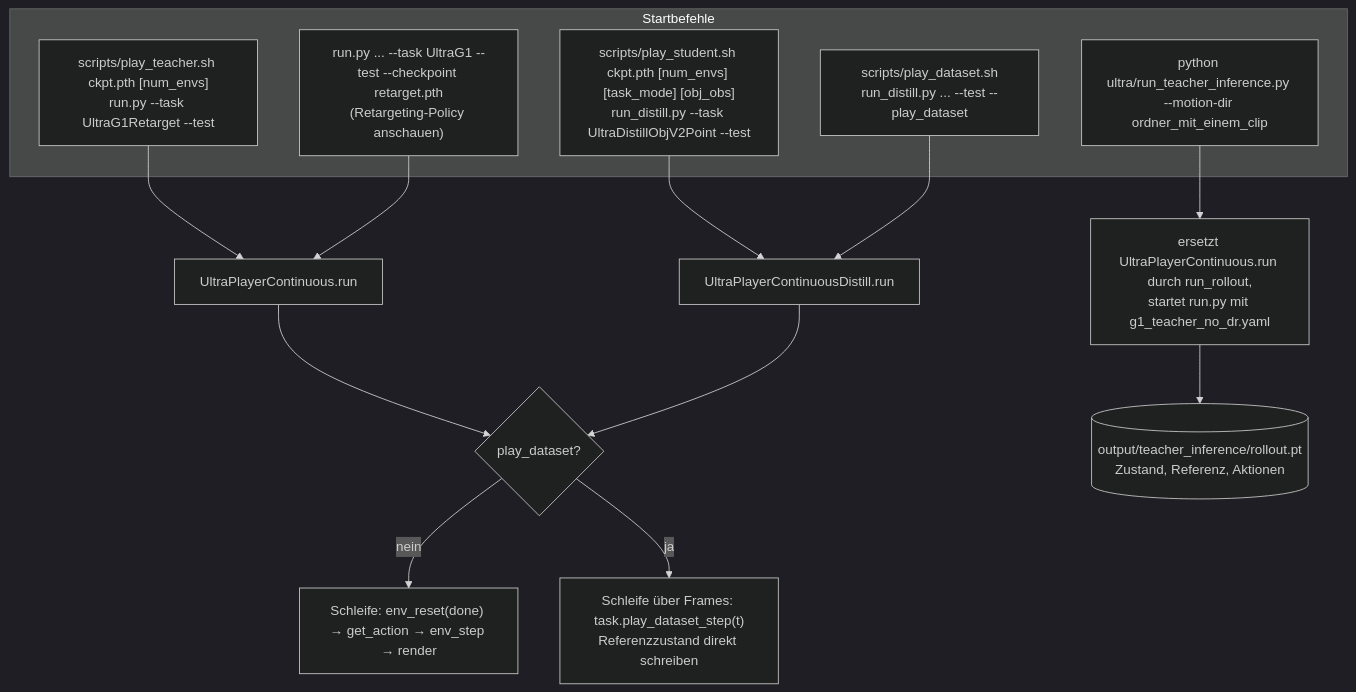
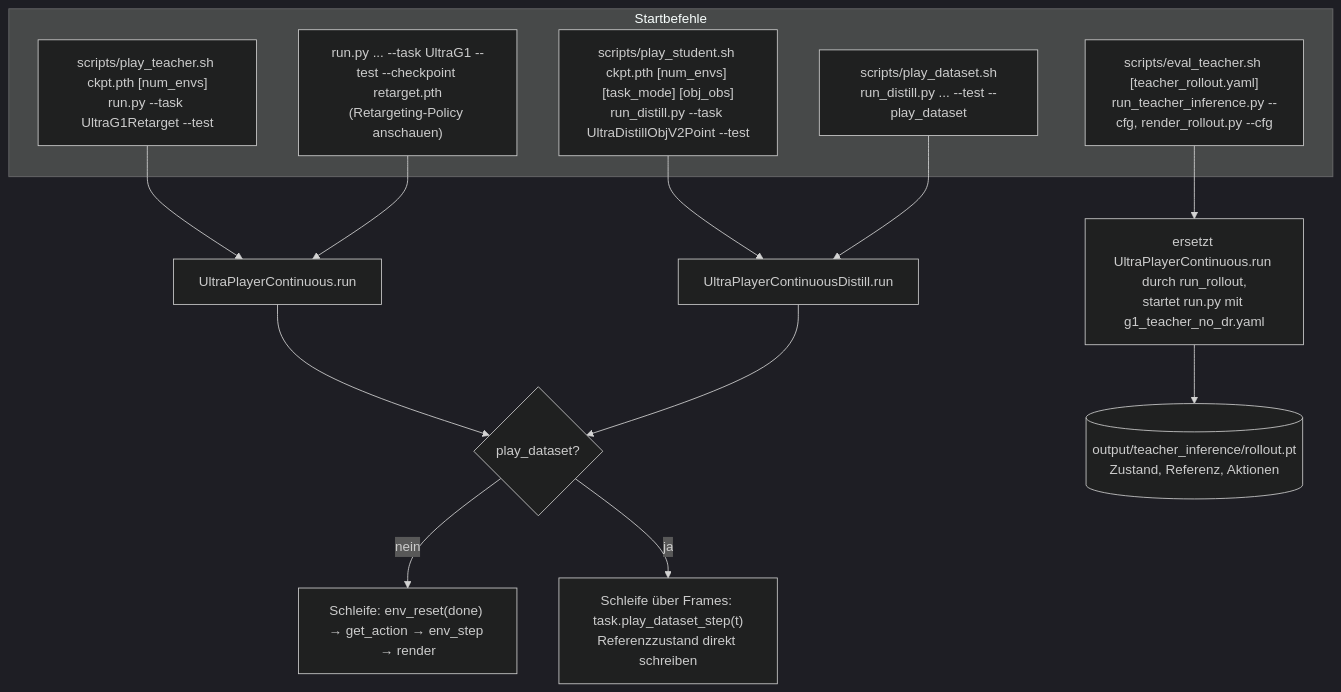
Before and after one commit to loewe024/ULTRA: diagram 12 of 12 in docs/PIPELINE_ABLAUF.md, drawn with Mermaid (dark theme). The commit also changed 10 other files, not shown here.

Commit message:
Streamlined generating rollouts from a teacher policy. A config file for all the variables, which checkpoint, which motions etc. One run of eval_teacher.sh to generate rollouts for all relevant motions

````diff
--- a/docs/PIPELINE_ABLAUF.md
+++ b/docs/PIPELINE_ABLAUF.md
@@ -470,22 +470,22 @@
 ```mermaid
 flowchart TD
     subgraph cmds ["Startbefehle"]
         pt["scripts/play_teacher.sh ckpt.pth [num_envs]<br/>run.py --task UltraG1Retarget --test"]
         psd["scripts/play_student.sh ckpt.pth [num_envs] [task_mode] [obj_obs]<br/>run_distill.py --task UltraDistillObjV2Point --test"]
         pds["scripts/play_dataset.sh<br/>run_distill.py ... --test --play_dataset"]
-        ti["python ultra/run_teacher_inference.py --motion-dir ordner_mit_einem_clip"]
+        ti["scripts/eval_teacher.sh [teacher_rollout.yaml]<br/>run_teacher_inference.py --cfg, render_rollout.py --cfg"]
         r1["run.py ... --task UltraG1 --test --checkpoint retarget.pth<br/>(Retargeting-Policy anschauen)"]
     end
 
     pt & r1 --> pl["UltraPlayerContinuous.run"]
     psd --> pld["UltraPlayerContinuousDistill.run"]
     pds --> pld
 
     pl --> pq{"play_dataset?"}
     pld --> pq
     pq -->|"nein"| inf["Schleife: env_reset(done) → get_action → env_step → render"]
     pq -->|"ja"| dat["Schleife über Frames: task.play_dataset_step(t)<br/>Referenzzustand direkt schreiben"]
 
     ti --> tir["ersetzt UltraPlayerContinuous.run durch run_rollout,<br/>startet run.py mit g1_teacher_no_dr.yaml"]
     tir --> tio[("output/teacher_inference/rollout.pt<br/>Zustand, Referenz, Aktionen")]
 ```
````
